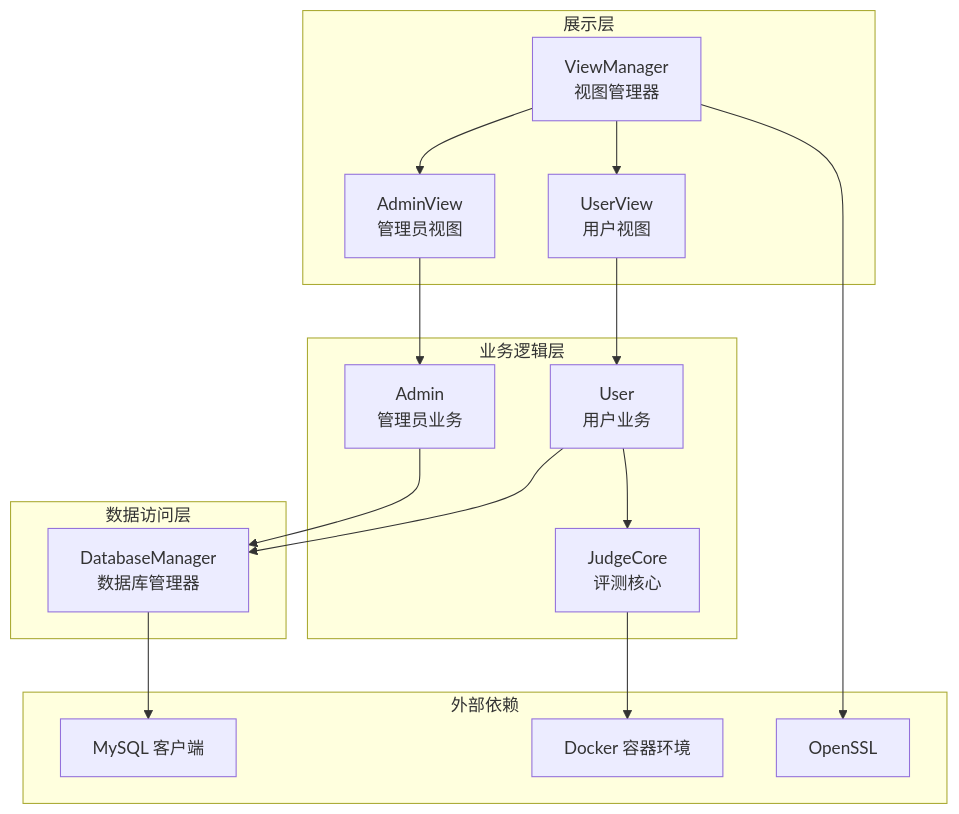
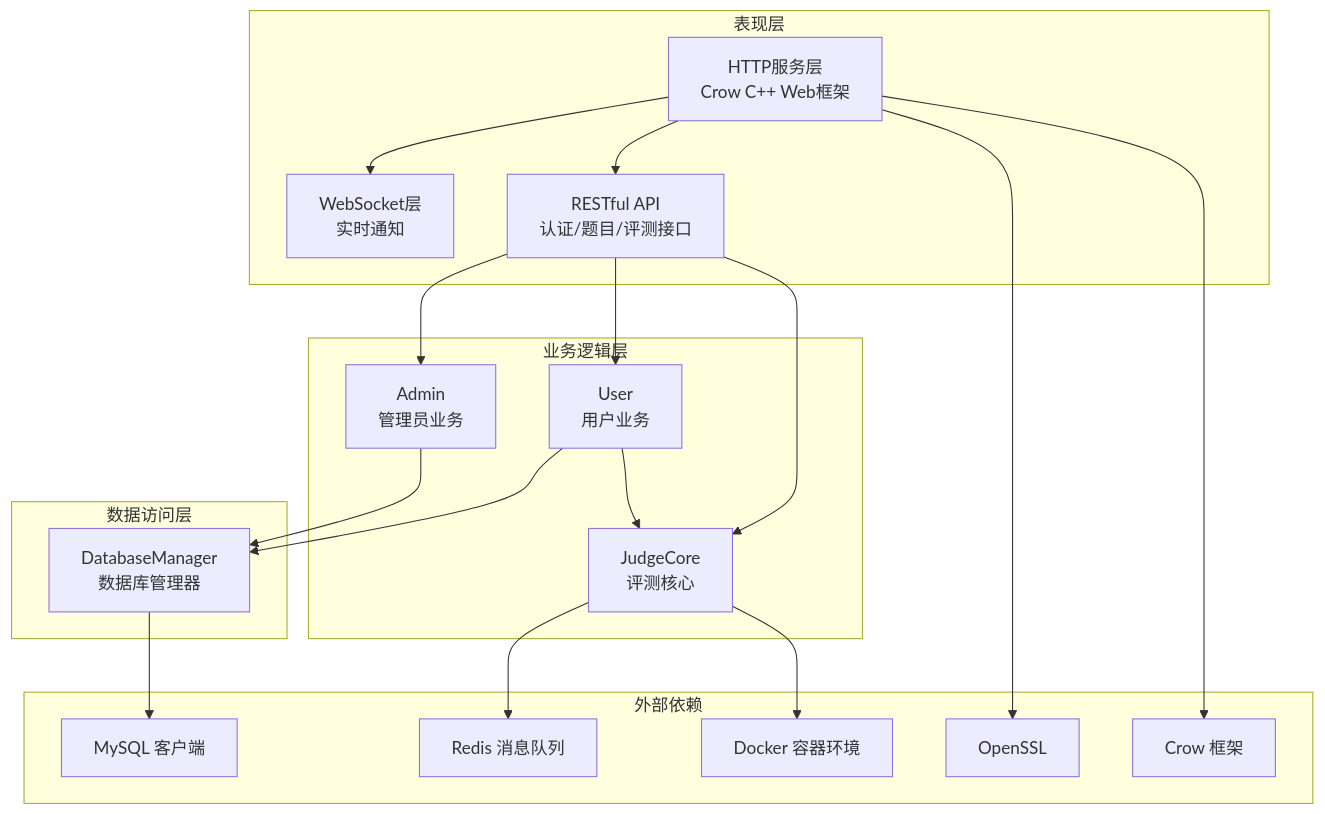
Before and after one commit to jinpeng900/OJ-Test: the first of 6 diagrams in .qoder/repowiki/zh/content/系统架构设计/系统架构设计.md, drawn with Mermaid. The commit also changed other lines of this file and 8 other files, not shown here.

````diff
--- a/.qoder/repowiki/zh/content/系统架构设计/系统架构设计.md
+++ b/.qoder/repowiki/zh/content/系统架构设计/系统架构设计.md
@@ -45,31 +58,36 @@
 ```mermaid
 graph TB
-subgraph "展示层"
-VM["ViewManager<br/>视图管理器"]
-AV["AdminView<br/>管理员视图"]
-UV["UserView<br/>用户视图"]
+subgraph "表现层"
+HTTP["HTTP服务层<br/>Crow C++ Web框架"]
+WS["WebSocket层<br/>实时通知"]
+API["RESTful API<br/>认证/题目/评测接口"]
 end
 subgraph "业务逻辑层"
 ADM["Admin<br/>管理员业务"]
 USR["User<br/>用户业务"]
 JC["JudgeCore<br/>评测核心"]
 end
 subgraph "数据访问层"
 DBM["DatabaseManager<br/>数据库管理器"]
 end
 subgraph "外部依赖"
 MYSQL["MySQL 客户端"]
 OPENSSL["OpenSSL"]
+REDIS["Redis 消息队列"]
+CROW["Crow 框架"]
 DOCKER["Docker 容器环境"]
 end
-VM --> AV
-VM --> UV
-AV --> ADM
-UV --> USR
+HTTP --> WS
+HTTP --> API
+API --> ADM
+API --> USR
+API --> JC
 ADM --> DBM
 USR --> DBM
 USR --> JC
+JC --> REDIS
 JC --> DOCKER
 DBM --> MYSQL
-VM --> OPENSSL
+HTTP --> OPENSSL
+HTTP --> CROW
 ```
````
